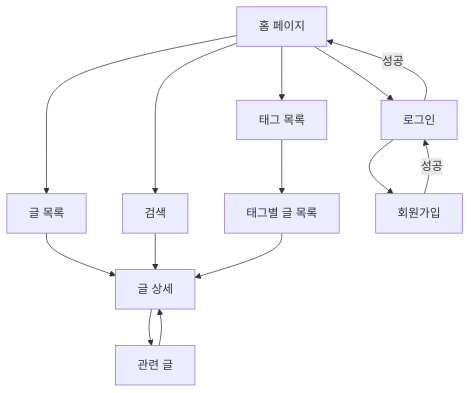
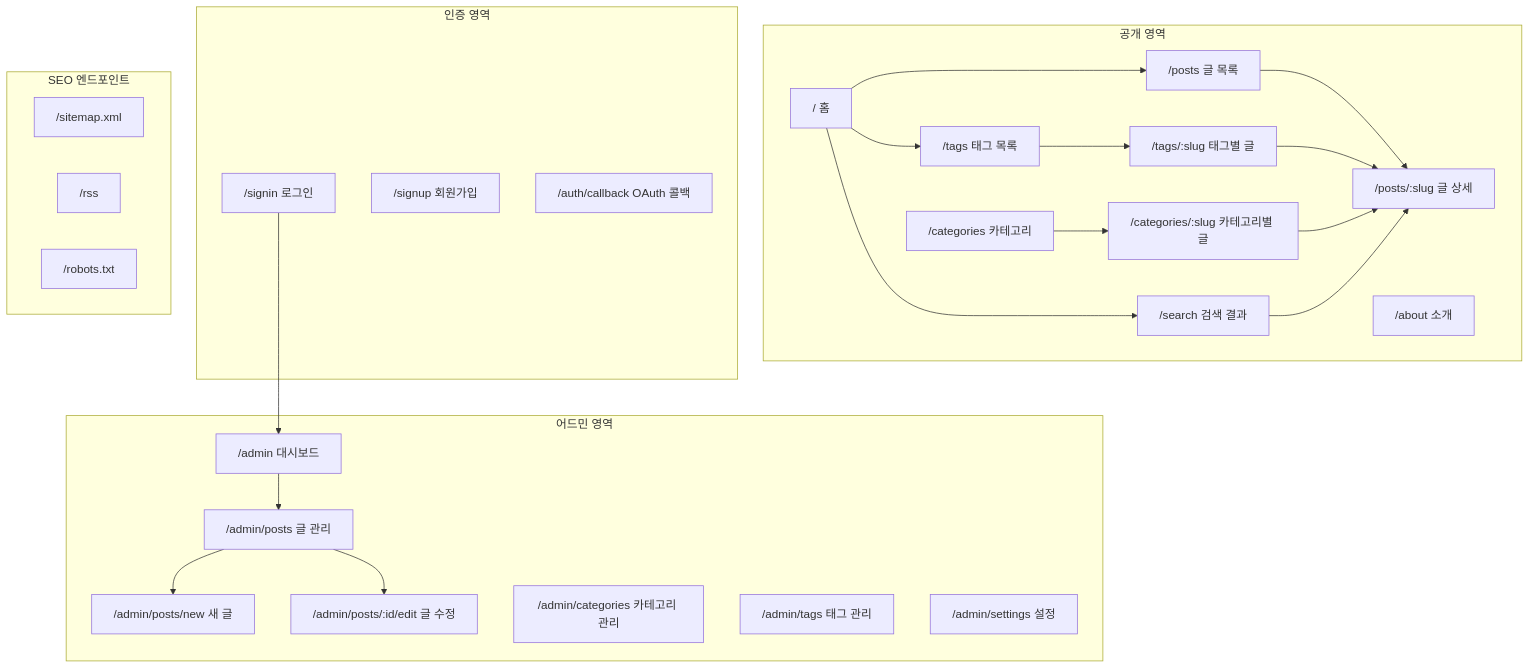
Before and after one commit to Uginim/gnajournal: the first of 17 diagrams in docs/design/screen-flow.md, drawn with Mermaid. The commit also changed other lines of this file and 9 other files, not shown here.

````diff
--- a/docs/design/screen-flow.md
+++ b/docs/design/screen-flow.md
@@ -5,19 +5,51 @@
 ```mermaid
-graph TD
-    Home[홈 페이지] --> PostList[글 목록]
-    Home --> Search[검색]
-    Home --> Tags[태그 목록]
+graph TB
+    subgraph Public["공개 영역"]
+        Home["/ 홈"]
+        Posts["/posts 글 목록"]
+        PostDetail["/posts/:slug 글 상세"]
+        Tags["/tags 태그 목록"]
+        TagPosts["/tags/:slug 태그별 글"]
+        Categories["/categories 카테고리"]
+        CategoryPosts["/categories/:slug 카테고리별 글"]
+        Search["/search 검색 결과"]
+        About["/about 소개"]
+    end
 
-    PostList --> PostDetail[글 상세]
+    subgraph Auth["인증 영역"]
+        Signin["/signin 로그인"]
+        Signup["/signup 회원가입"]
+        OAuth["/auth/callback OAuth 콜백"]
+    end
+
+    subgraph Admin["어드민 영역"]
+        Dashboard["/admin 대시보드"]
+        AdminPosts["/admin/posts 글 관리"]
+        AdminPostNew["/admin/posts/new 새 글"]
+        AdminPostEdit["/admin/posts/:id/edit 글 수정"]
+        AdminCategories["/admin/categories 카테고리 관리"]
+        AdminTags["/admin/tags 태그 관리"]
+        AdminSettings["/admin/settings 설정"]
+    end
+
+    subgraph SEO["SEO 엔드포인트"]
+        Sitemap["/sitemap.xml"]
+        RSS["/rss"]
+        Robots["/robots.txt"]
+    end
+
+    Home --> Posts
+    Home --> Tags
+    Home --> Search
+    Posts --> PostDetail
+    Tags --> TagPosts
+    TagPosts --> PostDetail
+    Categories --> CategoryPosts
+    CategoryPosts --> PostDetail
     Search --> PostDetail
-    Tags --> TagPosts[태그별 글 목록]
-    TagPosts --> PostDetail
 
-    PostDetail --> RelatedPosts[관련 글]
-    RelatedPosts --> PostDetail
-
-    Home --> Signin[로그인]
-    Signin --> |성공| Home
-    Signin --> Signup[회원가입]
-    Signup --> |성공| Signin
+    Signin --> Dashboard
+    Dashboard --> AdminPosts
+    AdminPosts --> AdminPostNew
+    AdminPosts --> AdminPostEdit
 ```
````
